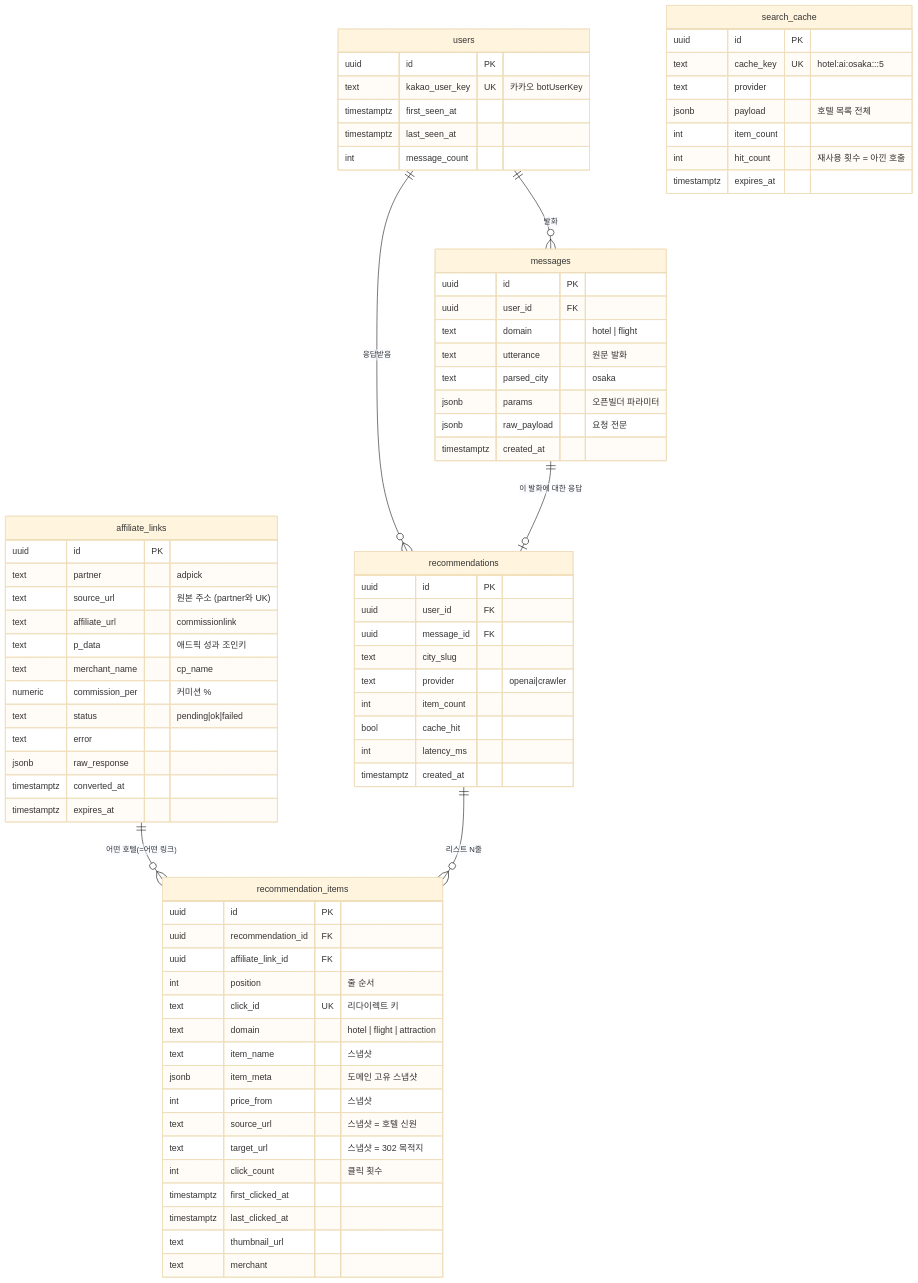
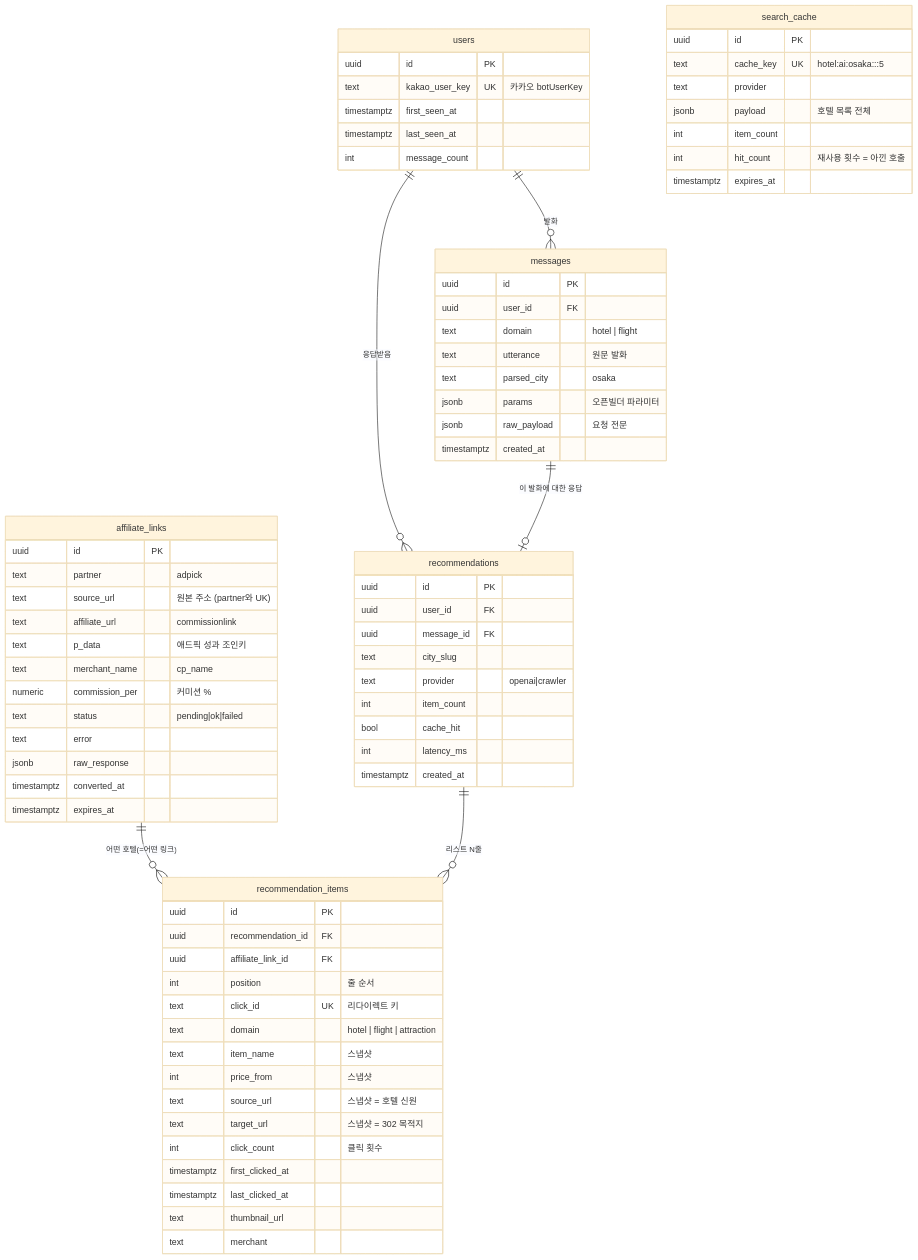
One commit to kcjfgnl9205/travel-chatbot-app changed the second of 2 diagrams in docs/DB.md. Above: the diagram before and after it, drawn with Mermaid (base theme). The commit also changed other lines of this file and 8 other files, not shown here.

First line of the commit message:
refactor: item_meta(jsonb) 대신 도메인별 테이블로 간다

````diff
--- a/docs/DB.md
+++ b/docs/DB.md
@@ -82,78 +82,77 @@
 ```mermaid
 erDiagram
     users ||--o{ messages : "발화"
     users ||--o{ recommendations : "응답받음"
     messages ||--o| recommendations : "이 발화에 대한 응답"
     affiliate_links ||--o{ recommendation_items : "어떤 호텔(=어떤 링크)"
     recommendations ||--o{ recommendation_items : "리스트 N줄"
 
     users {
         uuid id PK
         text kakao_user_key UK "카카오 botUserKey"
         timestamptz first_seen_at
         timestamptz last_seen_at
         int message_count
     }
     messages {
         uuid id PK
         uuid user_id FK
         text domain "hotel | flight"
         text utterance "원문 발화"
         text parsed_city "osaka"
         jsonb params "오픈빌더 파라미터"
         jsonb raw_payload "요청 전문"
         timestamptz created_at
     }
     affiliate_links {
         uuid id PK
         text partner "adpick"
         text source_url "원본 주소 (partner와 UK)"
         text affiliate_url "commissionlink"
         text p_data "애드픽 성과 조인키"
         text merchant_name "cp_name"
         numeric commission_per "커미션 %"
         text status "pending|ok|failed"
         text error
         jsonb raw_response
         timestamptz converted_at
         timestamptz expires_at
     }
     search_cache {
         uuid id PK
         text cache_key UK "hotel:ai:osaka:::5"
         text provider
         jsonb payload "호텔 목록 전체"
         int item_count
         int hit_count "재사용 횟수 = 아낀 호출"
         timestamptz expires_at
     }
     recommendations {
         uuid id PK
         uuid user_id FK
         uuid message_id FK
         text city_slug
         text provider "openai|crawler"
         int item_count
         bool cache_hit
         int latency_ms
         timestamptz created_at
     }
     recommendation_items {
         uuid id PK
         uuid recommendation_id FK
         uuid affiliate_link_id FK
         int position "줄 순서"
         text click_id UK "리다이렉트 키"
         text domain "hotel | flight | attraction"
         text item_name "스냅샷"
-        jsonb item_meta "도메인 고유 스냅샷"
         int price_from "스냅샷"
         text source_url "스냅샷 = 호텔 신원"
         text target_url "스냅샷 = 302 목적지"
         int click_count "클릭 횟수"
         timestamptz first_clicked_at
         timestamptz last_clicked_at
         text thumbnail_url
         text merchant
     }
 ```
````
